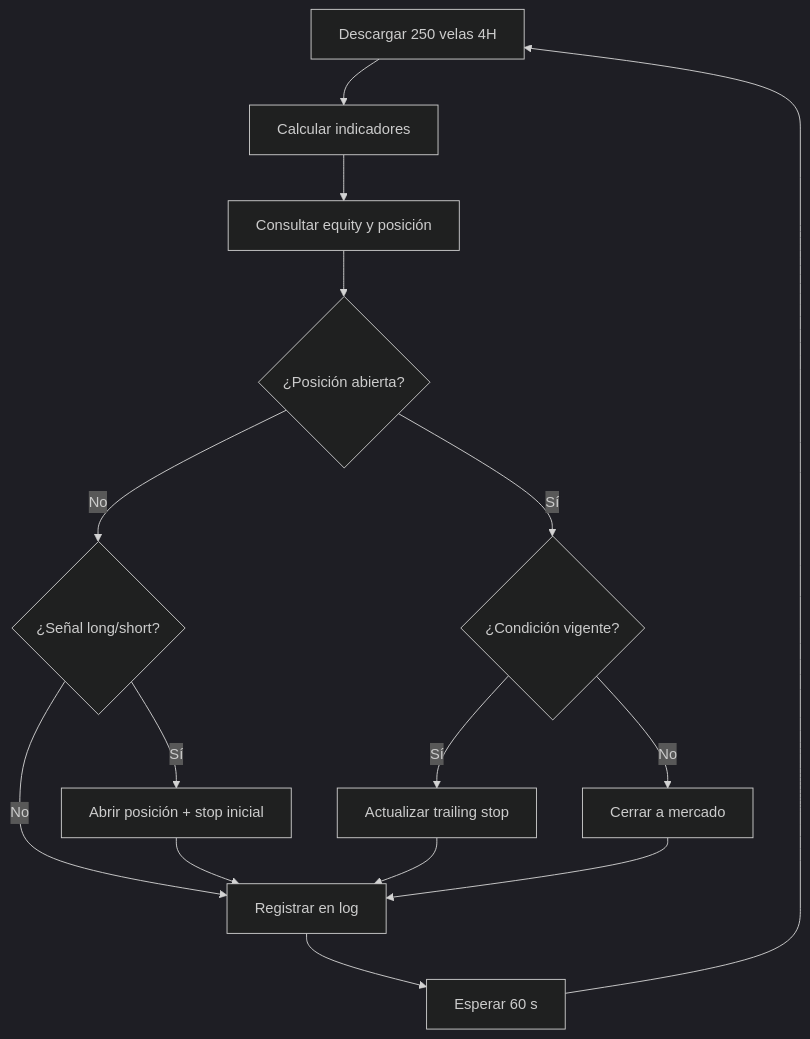
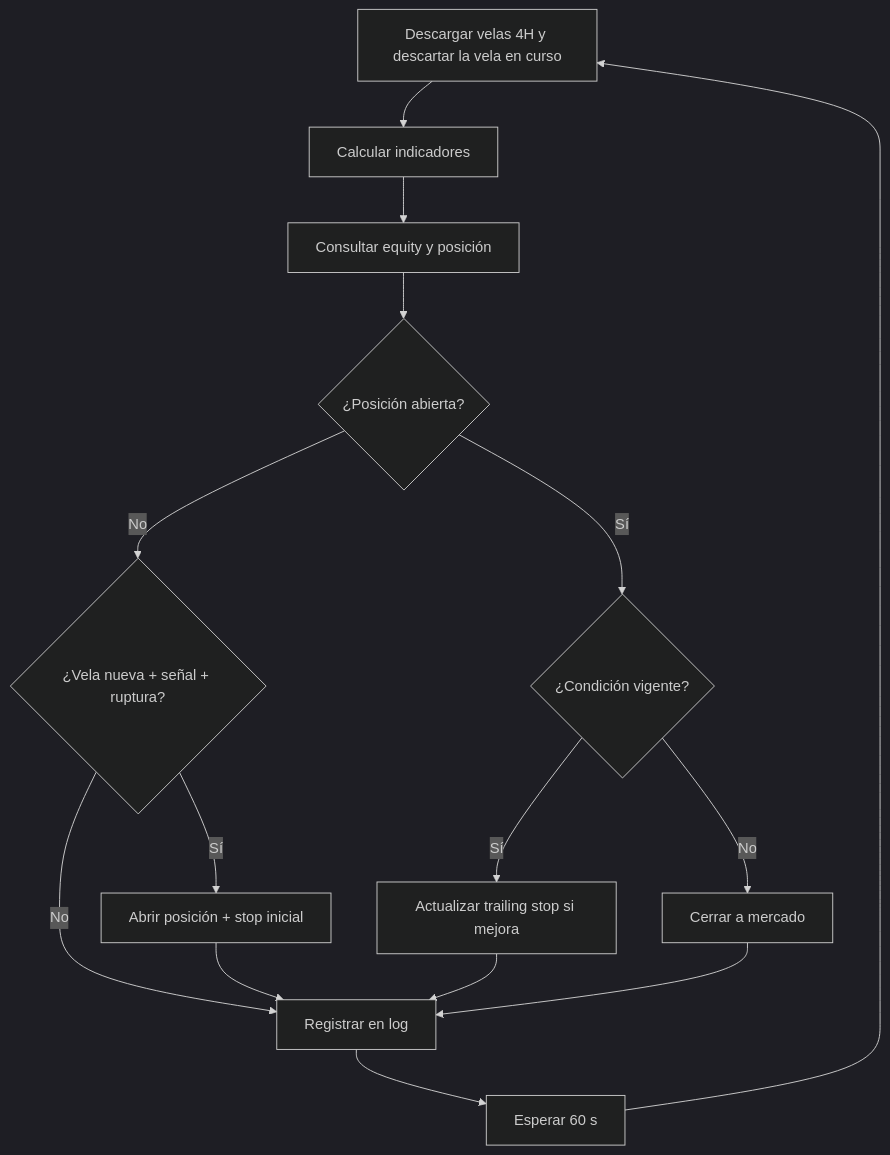
Before and after one commit to 1nachu/bottrading: the diagram in README.md, drawn with Mermaid (dark theme). The commit also changed other lines of this file, not shown here.

````diff
--- a/README.md
+++ b/README.md
@@ -117,16 +123,16 @@
 ```mermaid
 flowchart TD
-    A[Descargar 250 velas 4H] --> B[Calcular indicadores]
+    A[Descargar velas 4H y descartar la vela en curso] --> B[Calcular indicadores]
     B --> C[Consultar equity y posición]
     C --> D{¿Posición abierta?}
-    D -- No --> E{¿Señal long/short?}
+    D -- No --> E{¿Vela nueva + señal + ruptura?}
     E -- Sí --> F[Abrir posición + stop inicial]
     E -- No --> H
     D -- Sí --> G{¿Condición vigente?}
-    G -- Sí --> G1[Actualizar trailing stop]
+    G -- Sí --> G1[Actualizar trailing stop si mejora]
     G -- No --> G2[Cerrar a mercado]
     F --> H[Registrar en log]
     G1 --> H
     G2 --> H
     H --> I[Esperar 60 s] --> A
 ```
````
